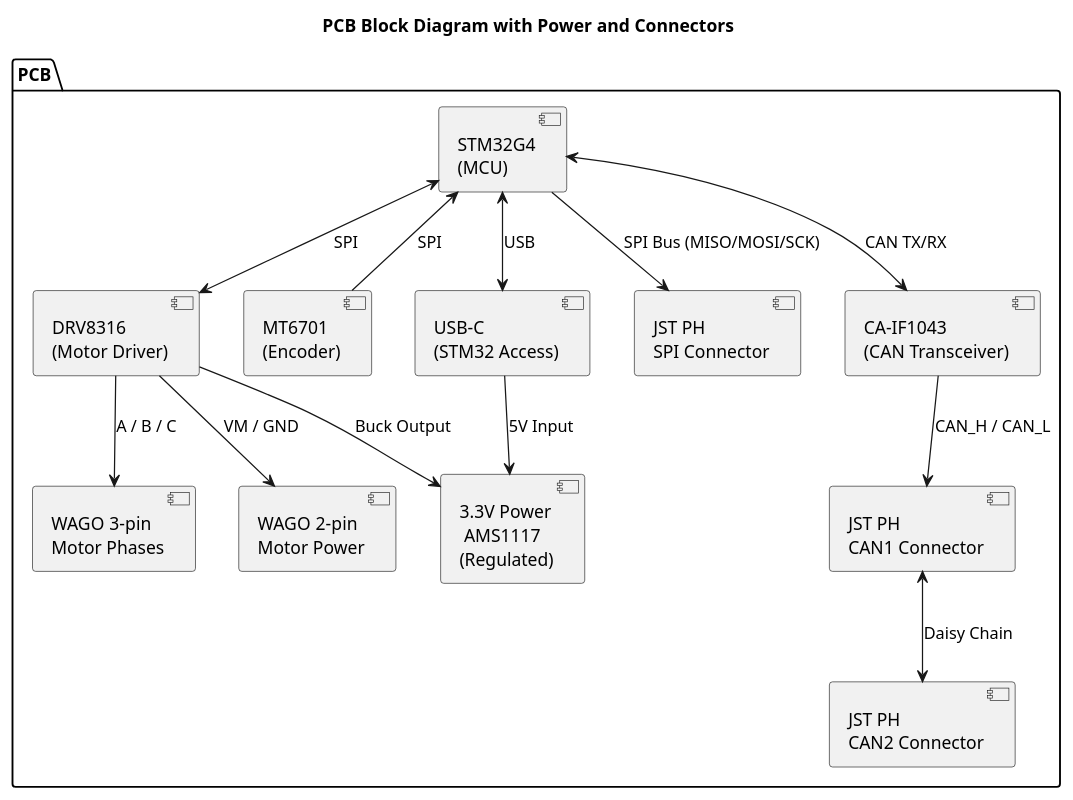
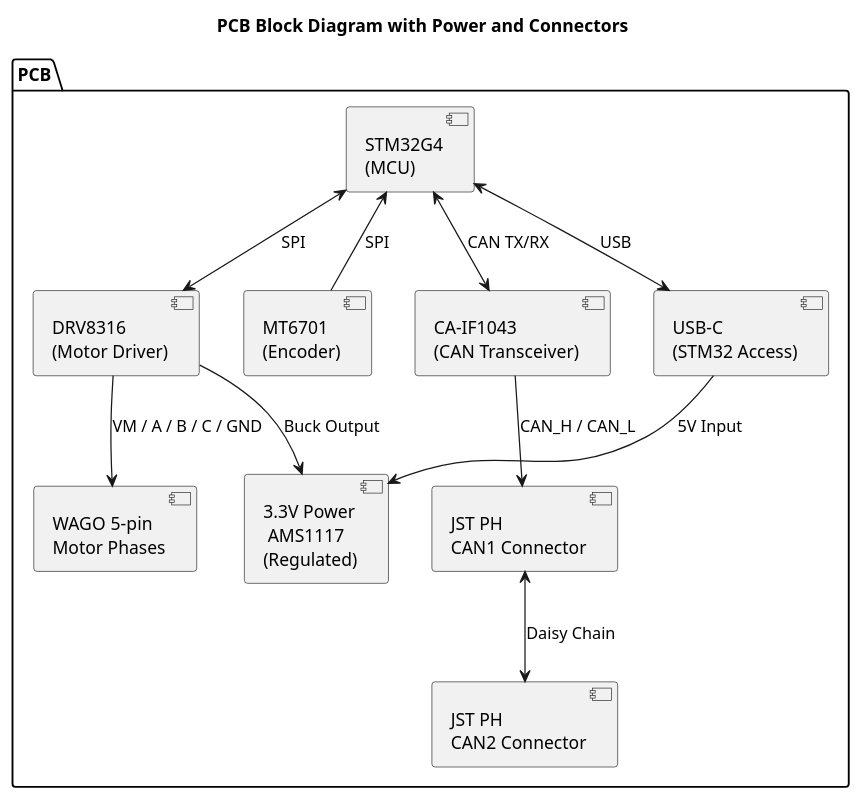
Before and after one commit to kennethsauers/Triad-Actuator-L: the diagram in Docs/DesignNotes/DiagramFiles/BlockDiagram.puml, drawn with PlantUML. The commit also changed 1 other file, not shown here.

Commit message:
updated block diagram

```diff
--- a/Docs/DesignNotes/DiagramFiles/BlockDiagram.puml
+++ b/Docs/DesignNotes/DiagramFiles/BlockDiagram.puml
@@ -1,39 +1,35 @@
 @startuml
 title PCB Block Diagram with Power and Connectors
 
 package "PCB" {
 
     [STM32G4\n(MCU)] as MCU
     [DRV8316\n(Motor Driver)] as Driver
     [MT6701\n(Encoder)] as Encoder
     [CA-IF1043\n(CAN Transceiver)] as CAN
 
     ' External connectors
     [JST PH\nCAN1 Connector] as CAN1
     [JST PH\nCAN2 Connector] as CAN2
-    [JST PH\nSPI Connector] as SPI_CONN
-    [WAGO 3-pin\nMotor Phases] as WAGO_BLDC
-    [WAGO 2-pin\nMotor Power] as WAGO_PWR
+    [WAGO 5-pin\nMotor Phases] as WAGO_BLDC
     [USB-C\n(STM32 Access)] as USB_C
 
     ' Power section
     [3.3V Power\n AMS1117 \n(Regulated)] as POWER_3V3
     USB_C --> POWER_3V3 : 5V Input
     Driver --> POWER_3V3 : Buck Output
 
 
     ' Internal data connections
     MCU <--> Driver : SPI
     MCU <-- Encoder : SPI
     MCU <--> CAN : CAN TX/RX
     MCU <--> USB_C : USB
 
     ' Connectors to external
     CAN --> CAN1 : CAN_H / CAN_L
     CAN1 <--> CAN2 : Daisy Chain
-    MCU --> SPI_CONN : SPI Bus (MISO/MOSI/SCK)
-    Driver --> WAGO_BLDC : A / B / C
-    Driver --> WAGO_PWR : VM / GND
+    Driver --> WAGO_BLDC : VM / A / B / C / GND
 }
 
 @enduml
```
